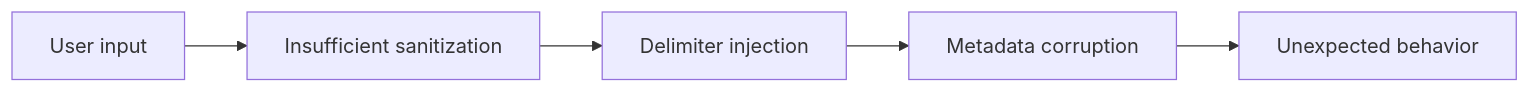
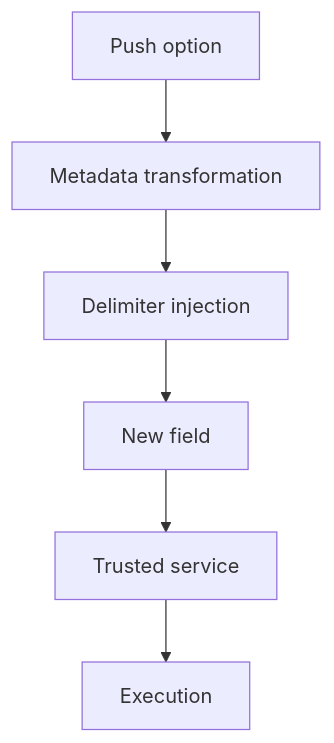
Before and after one commit to pullsec/hugo-content: the second of 2 diagrams in cve/github/CVE-2026-3854.md, drawn with Mermaid. The commit also changed other lines of this file, not shown here.

````diff
--- a/cve/github/CVE-2026-3854.md
+++ b/cve/github/CVE-2026-3854.md
@@ -150,8 +225,9 @@
 ```mermaid
-flowchart LR
-    A["User input"]
-        --> B["Insufficient sanitization"]
+flowchart TD
+    A["Push option"]
+        --> B["Metadata transformation"]
         --> C["Delimiter injection"]
-        --> D["Metadata corruption"]
-        --> E["Unexpected behavior"]
+        --> D["New field"]
+        --> E["Trusted service"]
+        --> F["Execution"]
 ```
````
